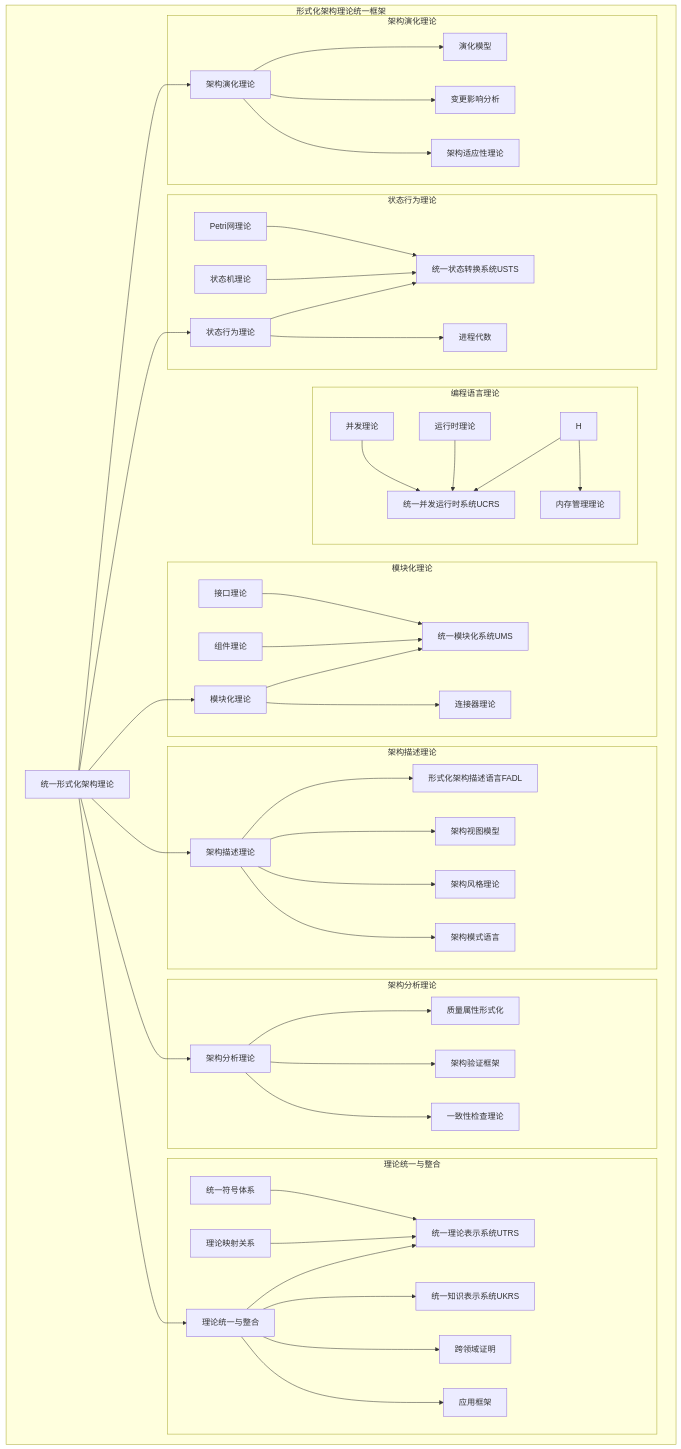
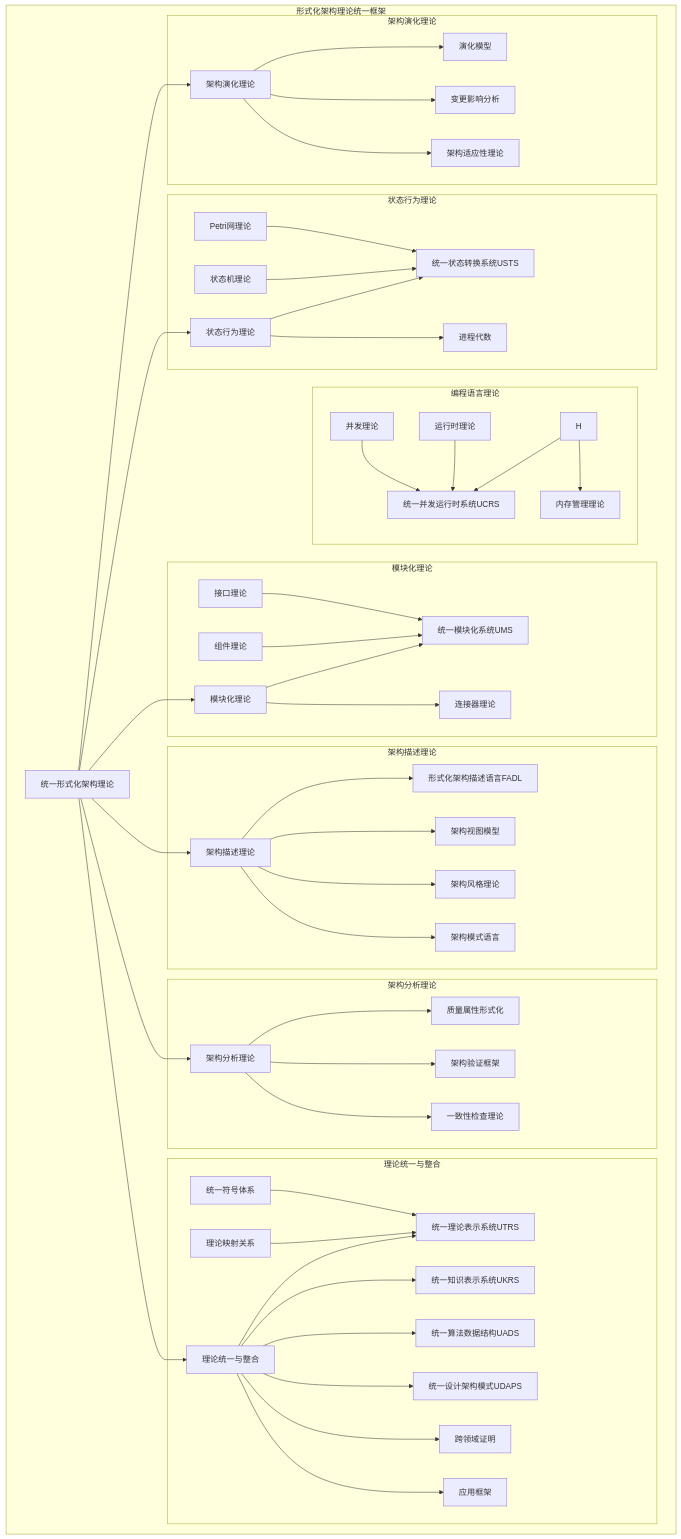
One commit to AdaMartin18010/formal-architecture changed the first of 4 diagrams in Analysis/形式化架构理论导航图.md. Above: the diagram before and after it, drawn with Mermaid. The commit also changed other lines of this file and 7 other files, not shown here.

```diff
--- a/Analysis/形式化架构理论导航图.md
+++ b/Analysis/形式化架构理论导航图.md
@@ -78,17 +78,21 @@
         subgraph "理论统一与整合"
             G1[统一理论表示系统UTRS]
             G2[统一知识表示系统UKRS]
-            G3[理论映射关系]
-            G4[统一符号体系]
-            G5[跨领域证明]
-            G6[应用框架]
+            G3[统一算法数据结构UADS]
+            G4[统一设计架构模式UDAPS]
+            G5[理论映射关系]
+            G6[统一符号体系]
+            G7[跨领域证明]
+            G8[应用框架]
             
             G --> G1
             G --> G2
-            G3 --> G1
-            G4 --> G1
-            G --> G5
-            G --> G6
+            G --> G3
+            G --> G4
+            G5 --> G1
+            G6 --> G1
+            G --> G7
+            G --> G8
         end
         
         subgraph "架构描述理论"
```
